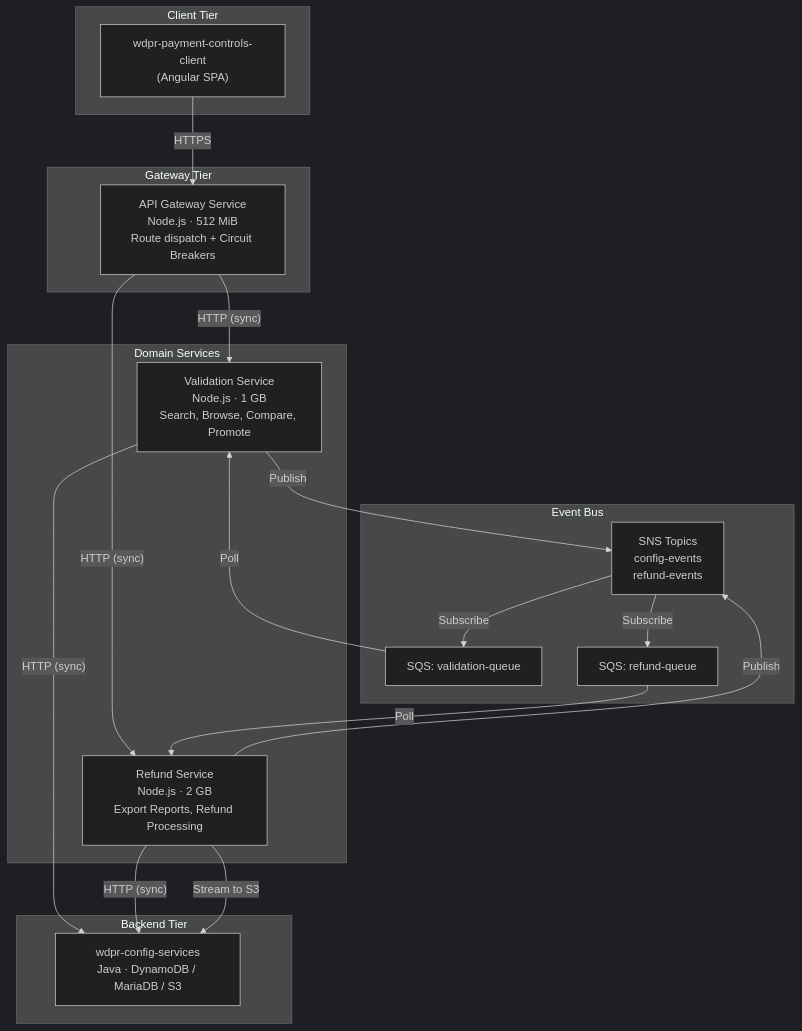
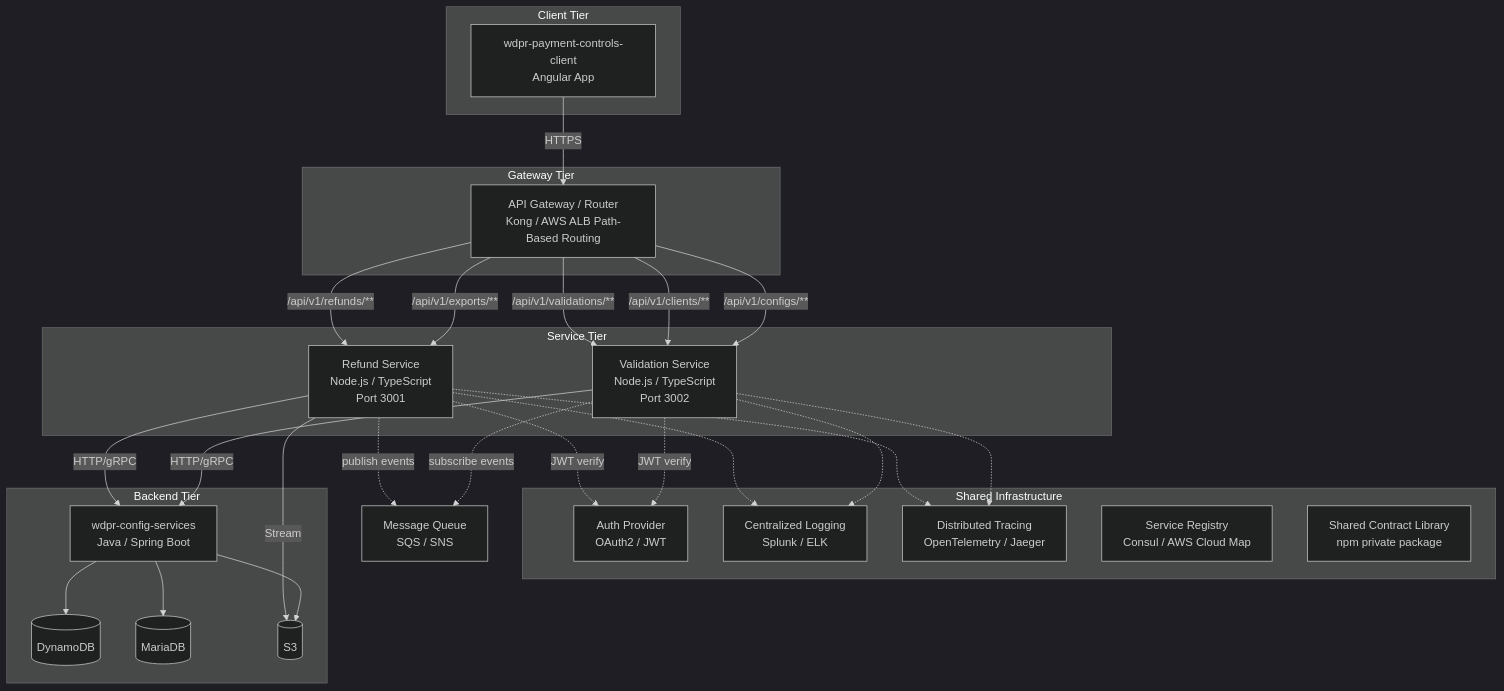
The first of 9 diagrams in tests/orchestration/architecture_spec_agent.md (rsanchez-disney/steer-runtime), drawn with Mermaid (dark theme) before and after one commit. The commit also changed other lines of this file and 4 other files, not shown here.

````diff
--- a/tests/orchestration/architecture_spec_agent.md
+++ b/tests/orchestration/architecture_spec_agent.md
@@ -27,39 +16,53 @@
 ```mermaid
-flowchart TB
+graph TB
     subgraph "Client Tier"
-        UI["wdpr-payment-controls-client<br/>(Angular SPA)"]
+        UI[wdpr-payment-controls-client<br/>Angular App]
     end
 
     subgraph "Gateway Tier"
-        GW["API Gateway Service<br/>Node.js · 512 MiB<br/>Route dispatch + Circuit Breakers"]
+        GW[API Gateway / Router<br/>Kong / AWS ALB Path-Based Routing]
     end
 
-    subgraph "Domain Services"
-        VS["Validation Service<br/>Node.js · 1 GB<br/>Search, Browse, Compare, Promote"]
-        RS["Refund Service<br/>Node.js · 2 GB<br/>Export Reports, Refund Processing"]
+    subgraph "Service Tier"
+        RS[Refund Service<br/>Node.js / TypeScript<br/>Port 3001]
+        VS[Validation Service<br/>Node.js / TypeScript<br/>Port 3002]
     end
 
-    subgraph "Event Bus"
-        SNS["SNS Topics<br/>config-events<br/>refund-events"]
-        SQS_V["SQS: validation-queue"]
-        SQS_R["SQS: refund-queue"]
+    subgraph "Shared Infrastructure"
+        AUTH[Auth Provider<br/>OAuth2 / JWT]
+        LOG[Centralized Logging<br/>Splunk / ELK]
+        TRACE[Distributed Tracing<br/>OpenTelemetry / Jaeger]
+        REG[Service Registry<br/>Consul / AWS Cloud Map]
+        CONTRACTS[Shared Contract Library<br/>npm private package]
     end
 
     subgraph "Backend Tier"
-        BE["wdpr-config-services<br/>Java · DynamoDB / MariaDB / S3"]
+        CS[wdpr-config-services<br/>Java / Spring Boot]
+        DDB[(DynamoDB)]
+        MDB[(MariaDB)]
+        S3[(S3)]
     end
 
-    UI -->|"HTTPS"| GW
-    GW -->|"HTTP (sync)"| VS
-    GW -->|"HTTP (sync)"| RS
-    VS -->|"HTTP (sync)"| BE
-    RS -->|"HTTP (sync)"| BE
-    RS -->|"Stream to S3"| BE
+    UI -->|HTTPS| GW
+    GW -->|/api/v1/refunds/**| RS
+    GW -->|/api/v1/validations/**| VS
+    GW -->|/api/v1/exports/**| RS
+    GW -->|/api/v1/clients/**| VS
+    GW -->|/api/v1/configs/**| VS
 
-    VS -->|"Publish"| SNS
-    RS -->|"Publish"| SNS
-    SNS -->|"Subscribe"| SQS_V
-    SNS -->|"Subscribe"| SQS_R
-    SQS_V -->|"Poll"| VS
-    SQS_R -->|"Poll"| RS
+    RS -->|HTTP/gRPC| CS
+    VS -->|HTTP/gRPC| CS
+    RS -->|Stream| S3
+    CS --> DDB
+    CS --> MDB
+    CS --> S3
+
+    RS -.->|JWT verify| AUTH
+    VS -.->|JWT verify| AUTH
+    RS -.-> LOG
+    VS -.-> LOG
+    RS -.-> TRACE
+    VS -.-> TRACE
+    RS -.->|publish events| MQ[Message Queue<br/>SQS / SNS]
+    VS -.->|subscribe events| MQ
 ```
````
